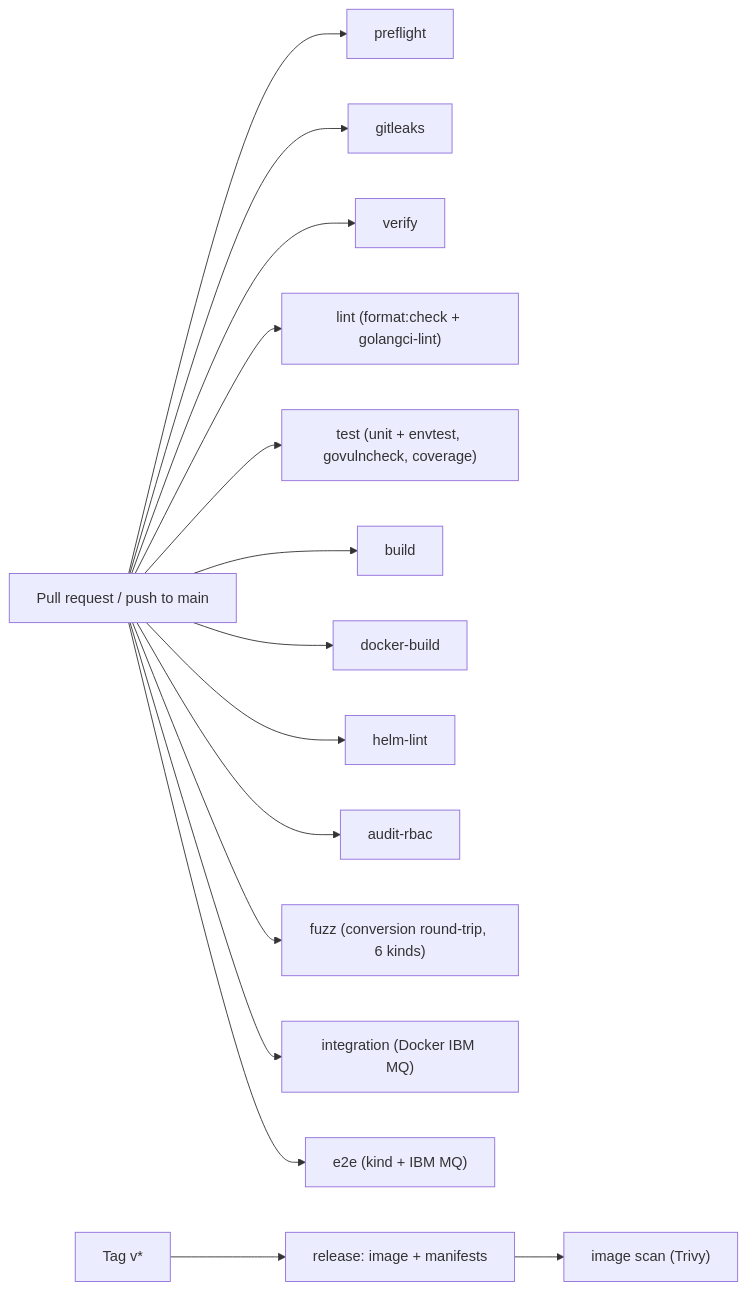
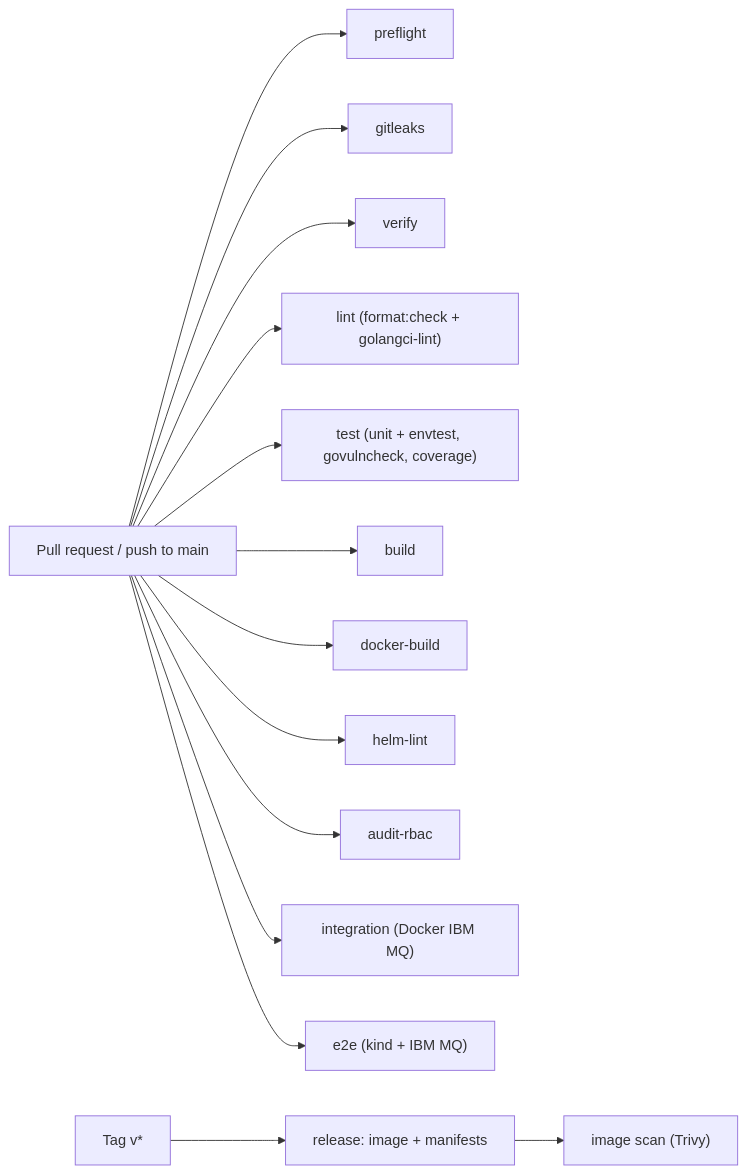
Before and after one commit to PlatformRelay/MKurator: the diagram in docs/CICD.md, drawn with Mermaid. The commit also changed other lines of this file and 1 other file, not shown here.

First line of the commit message:
:memo: docs: scrub deleted v1alpha1/conversion-fuzz refs from CICD + GO_MODULE (8e-10)

````diff
--- a/docs/CICD.md
+++ b/docs/CICD.md
@@ -38,19 +38,18 @@
 ```mermaid
 flowchart LR
   pr["Pull request / push to main"] --> preflight
   pr --> gitleaks
   pr --> verify
   pr --> lint
   pr --> test
   pr --> build
   pr --> docker["docker-build"]
   pr --> helmlint["helm-lint"]
   pr --> auditrbac["audit-rbac"]
-  pr --> fuzz["fuzz (conversion round-trip, 6 kinds)"]
   lint["lint (format:check + golangci-lint)"]
   test["test (unit + envtest, govulncheck, coverage)"]
   pr --> integration["integration (Docker IBM MQ)"]
   pr --> e2e["e2e (kind + IBM MQ)"]
   tag["Tag v*"] --> release["release: image + manifests"]
   release --> scan["image scan (Trivy)"]
 ```
````
